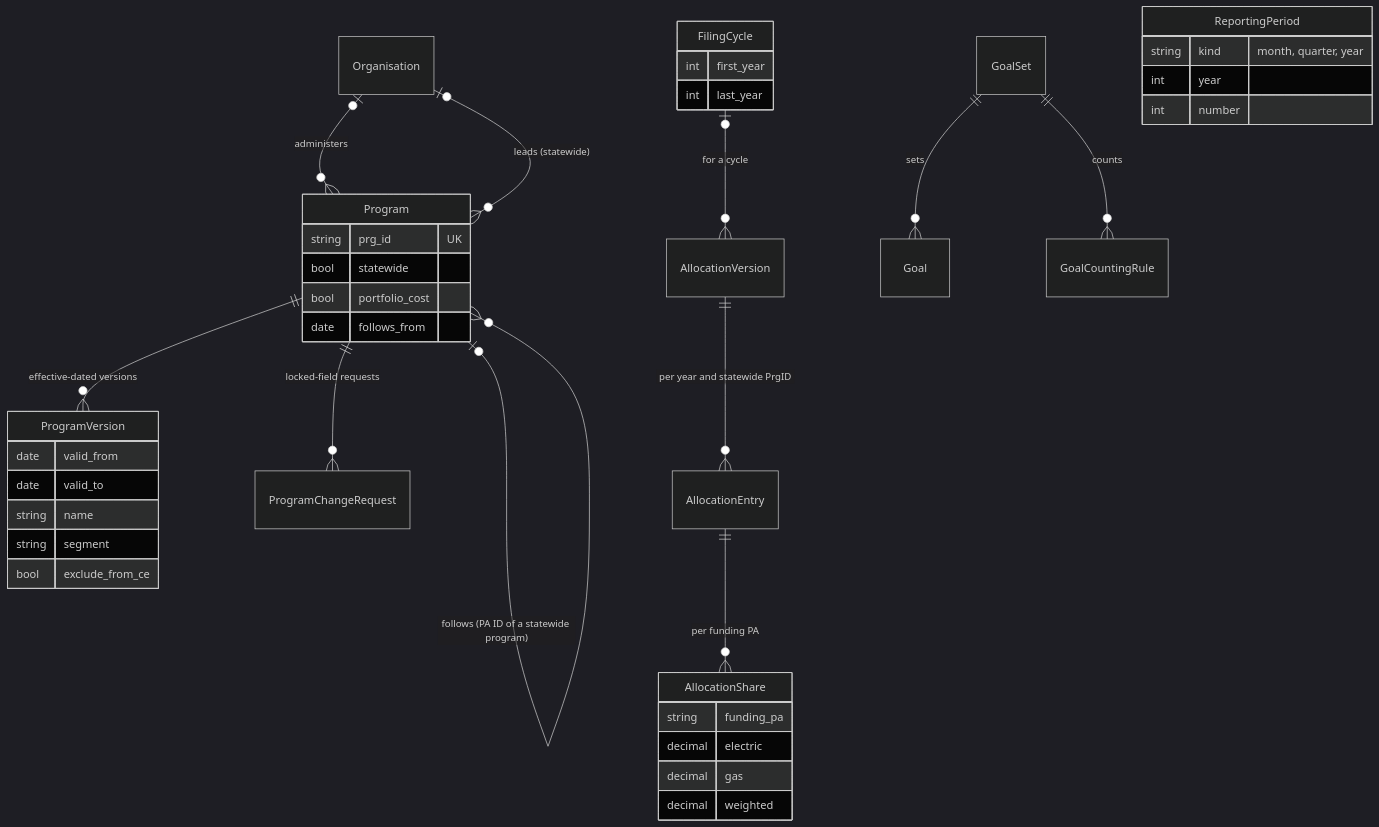
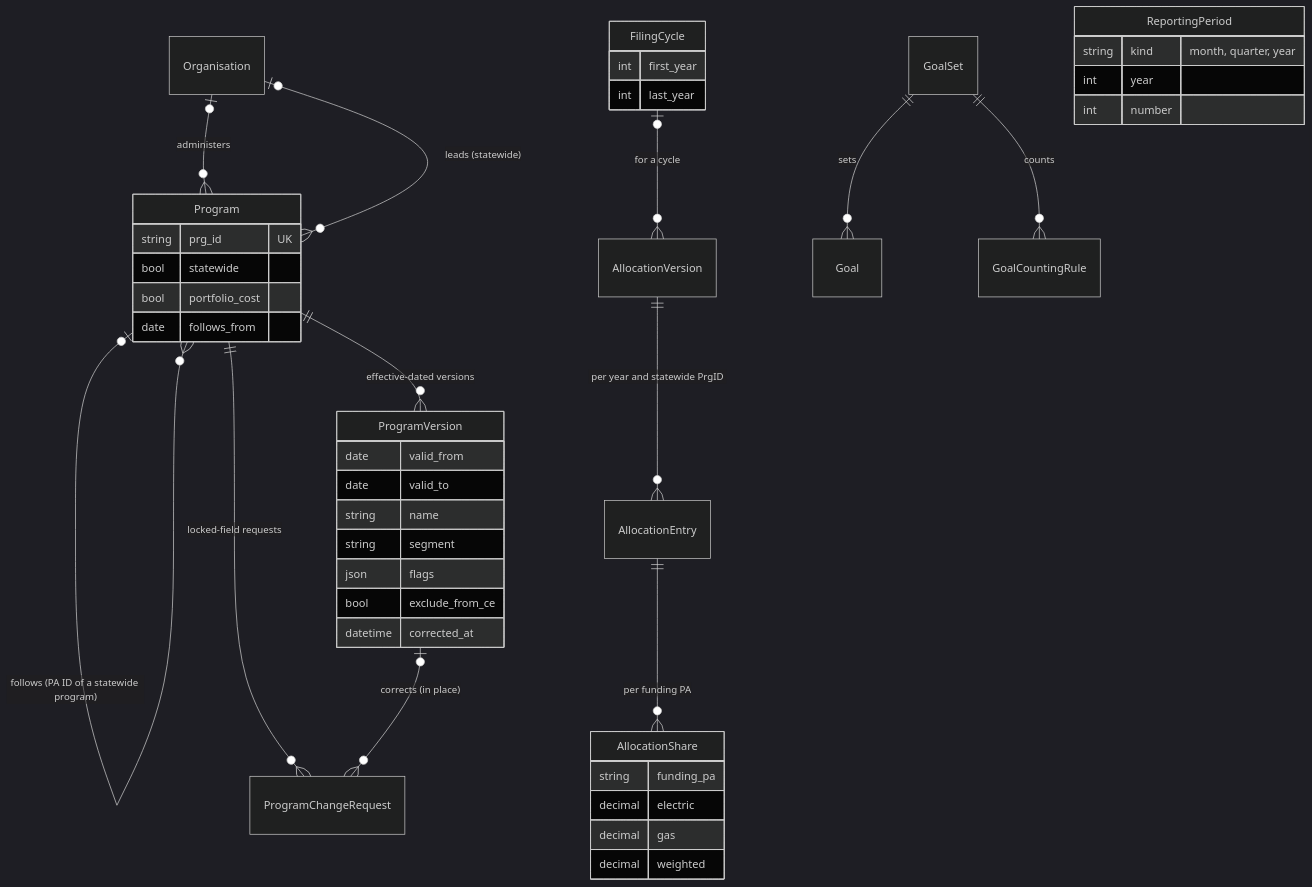
Before and after one commit to JRichardson-PGE/CEDARS-Platform: the eighth of 23 diagrams in docs/ARCHITECTURE_AS_BUILT.md, drawn with Mermaid (dark theme). The commit also changed other lines of this file and 24 other files, not shown here.

First line of the commit message:
Programs: add a program on its page, correct a version in place, delivery flags on the change form

````diff
--- a/docs/ARCHITECTURE_AS_BUILT.md
+++ b/docs/ARCHITECTURE_AS_BUILT.md
@@ -398,41 +398,44 @@
 ```mermaid
 erDiagram
   Organisation |o--o{ Program : administers
   Organisation |o--o{ Program : "leads (statewide)"
   Program |o--o{ Program : "follows (PA ID of a statewide program)"
   Program ||--o{ ProgramVersion : "effective-dated versions"
   Program ||--o{ ProgramChangeRequest : "locked-field requests"
+  ProgramVersion |o--o{ ProgramChangeRequest : "corrects (in place)"
   FilingCycle |o--o{ AllocationVersion : "for a cycle"
   AllocationVersion ||--o{ AllocationEntry : "per year and statewide PrgID"
   AllocationEntry ||--o{ AllocationShare : "per funding PA"
   GoalSet ||--o{ Goal : sets
   GoalSet ||--o{ GoalCountingRule : counts
   Program {
     string prg_id UK
     bool statewide
     bool portfolio_cost
     date follows_from
   }
   ProgramVersion {
     date valid_from
     date valid_to
     string name
     string segment
+    json flags
     bool exclude_from_ce
+    datetime corrected_at
   }
   FilingCycle {
     int first_year
     int last_year
   }
   ReportingPeriod {
     string kind "month, quarter, year"
     int year
     int number
   }
   AllocationShare {
     string funding_pa
     decimal electric
     decimal gas
     decimal weighted
   }
 ```
````
